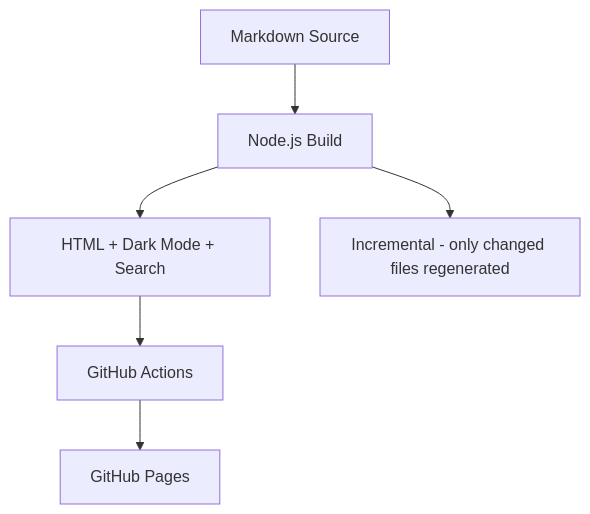
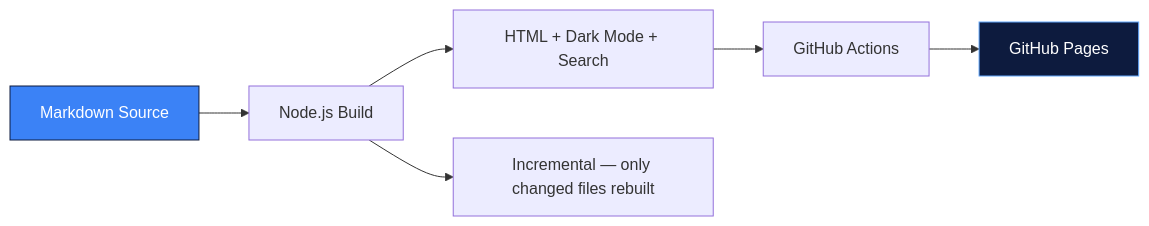
The fifth of 5 diagrams in README.md (Santhosh-p653/Santhosh-p653), drawn with Mermaid before and after one commit. The commit also changed other lines of this file, not shown here.

````diff
--- a/README.md
+++ b/README.md
@@ -321,8 +262,11 @@
 ```mermaid
-flowchart TD
+flowchart LR
     A[Markdown Source] --> B[Node.js Build]
     B --> C[HTML + Dark Mode + Search]
     C --> D[GitHub Actions]
     D --> E[GitHub Pages]
-    B --> F[Incremental - only changed files regenerated]
+    B --> F[Incremental — only changed files rebuilt]
+
+    style A fill:#3b82f6,stroke:#0d1b3e,color:#fff
+    style E fill:#0d1b3e,stroke:#60a5fa,color:#fff
 ```
````
